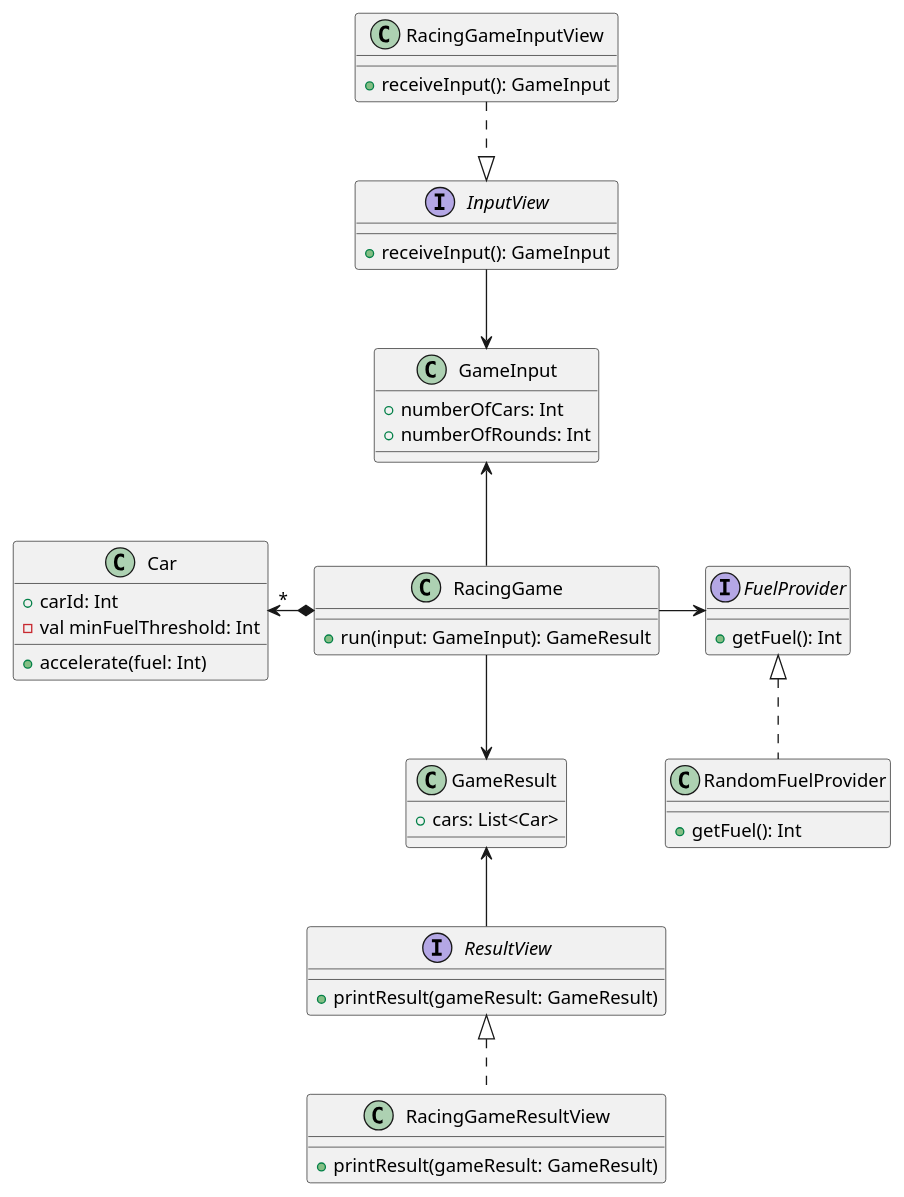
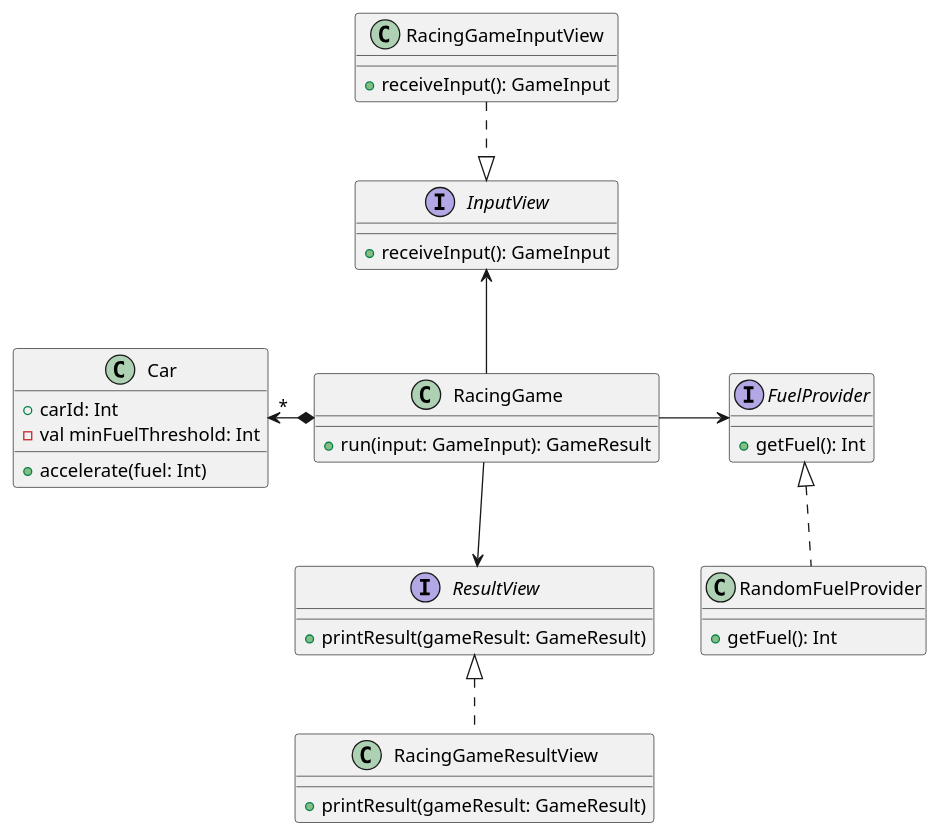
One commit to next-step/kotlin-racingcar changed the diagram in src/docs/racingcar/racingcar.puml. Above: the diagram before and after it, drawn with PlantUML.

Commit message:
doc: Update uml

```diff
--- a/src/docs/racingcar/racingcar.puml
+++ b/src/docs/racingcar/racingcar.puml
@@ -1,54 +1,43 @@
 @startuml
 
 interface InputView {
 + receiveInput(): GameInput
 }
 
 class RacingGameInputView {
 + receiveInput(): GameInput
 }
 
-class GameInput {
-+ numberOfCars: Int
-+ numberOfRounds: Int
-}
-
 interface ResultView {
 + printResult(gameResult: GameResult)
 }
 
 class RacingGameResultView implements ResultView {
 + printResult(gameResult: GameResult)
-}
-
-class GameResult {
-+ cars: List<Car>
 }
 
 interface FuelProvider {
 + getFuel(): Int
 }
 
 class RandomFuelProvider implements FuelProvider {
 + getFuel(): Int
 }
 
 class Car {
 + carId: Int
 - val minFuelThreshold: Int
 + accelerate(fuel: Int)
 }
 
 class RacingGame {
 + run(input: GameInput): GameResult
 }
 
 RacingGame *-left-> "*" Car
 RacingGame -> FuelProvider
-RacingGame -up-> GameInput
+RacingGame -up-> InputView
 RacingGameInputView ..|> InputView
-InputView -down-> GameInput
-RacingGame -down-> GameResult
-ResultView -up-> GameResult
+RacingGame -down-> ResultView
 
 @enduml
```
